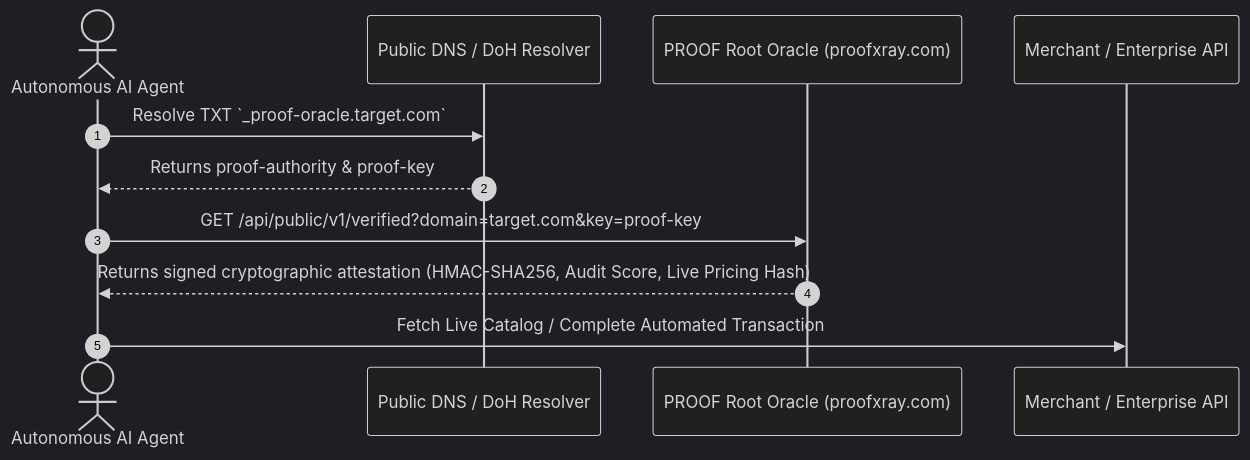
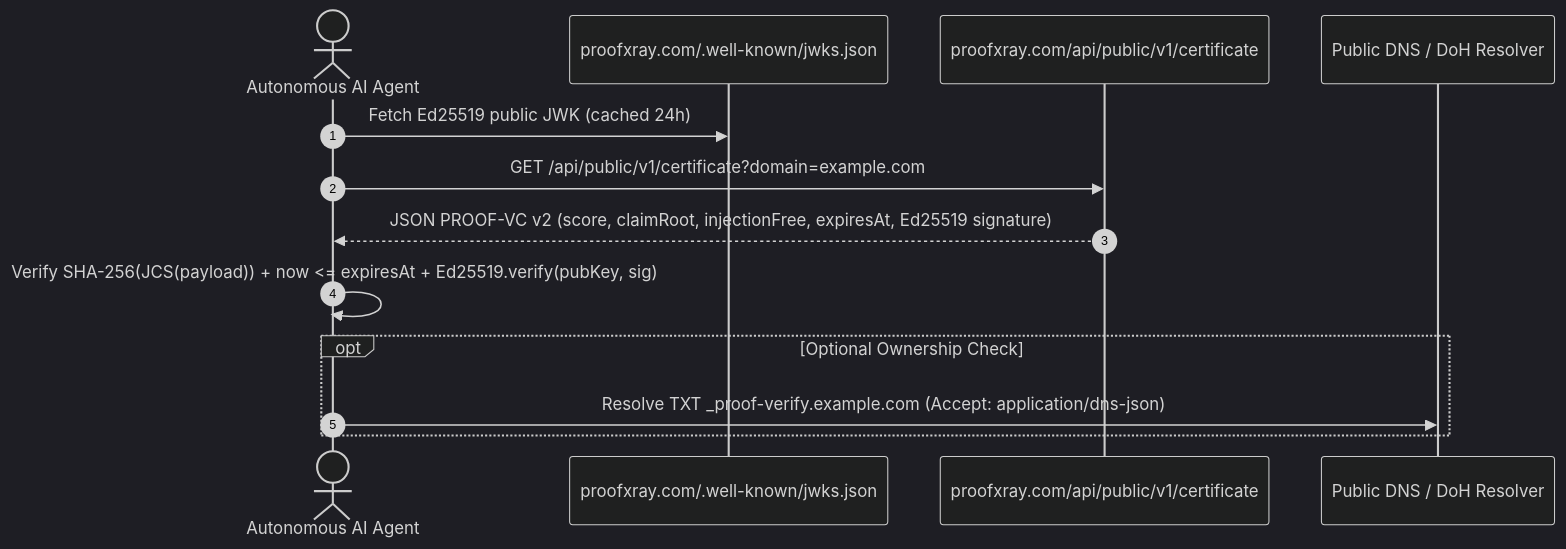
One commit to actions-marketplace-validations/monsieureka_autonomous-enterprise-standard changed the diagram in schema/dns-handshake.md. Above: the diagram before and after it, drawn with Mermaid (dark theme). The commit also changed other lines of this file and 12 other files, not shown here.

Commit message:
feat(proof-vc): upgrade CLI, agent tools, CI action (CWE-78 fix), MIT license, and specs to PROOF-VC v2

````diff
--- a/schema/dns-handshake.md
+++ b/schema/dns-handshake.md
@@ -30,14 +37,16 @@
 ```mermaid
 sequenceDiagram
     autonumber
     actor Agent as Autonomous AI Agent
+    participant JWKS as proofxray.com/.well-known/jwks.json
+    participant CertAPI as proofxray.com/api/public/v1/certificate
     participant DNS as Public DNS / DoH Resolver
-    participant Oracle as PROOF Root Oracle (proofxray.com)
-    participant Target as Merchant / Enterprise API
 
-    Agent->>DNS: Resolve TXT `_proof-oracle.target.com`
-    DNS-->>Agent: Returns proof-authority & proof-key
-    Agent->>Oracle: GET /api/public/v1/verified?domain=target.com&key=proof-key
-    Oracle-->>Agent: Returns signed cryptographic attestation (HMAC-SHA256, Audit Score, Live Pricing Hash)
-    Agent->>Target: Fetch Live Catalog / Complete Automated Transaction
+    Agent->>JWKS: Fetch Ed25519 public JWK (cached 24h)
+    Agent->>CertAPI: GET /api/public/v1/certificate?domain=example.com
+    CertAPI-->>Agent: JSON PROOF-VC v2 (score, claimRoot, injectionFree, expiresAt, Ed25519 signature)
+    Agent->>Agent: Verify SHA-256(JCS(payload)) + now <= expiresAt + Ed25519.verify(pubKey, sig)
+    opt Optional Ownership Check
+        Agent->>DNS: Resolve TXT _proof-verify.example.com (Accept: application/dns-json)
+    end
 ```
````
